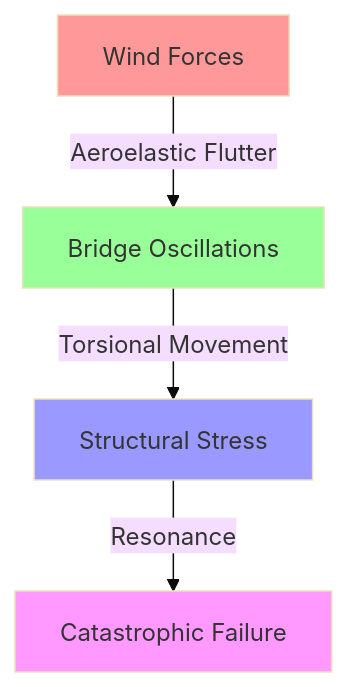
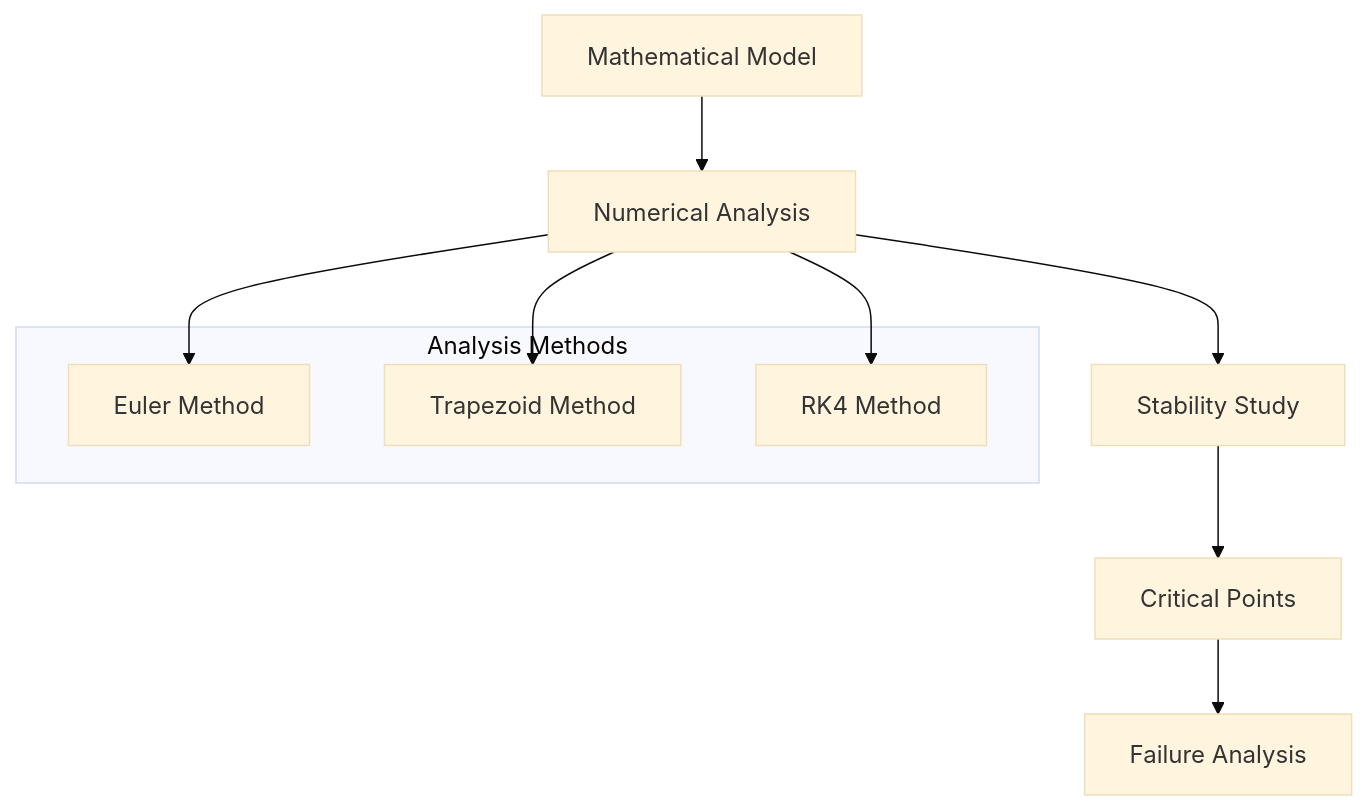
The first of 3 diagrams in README.md (sayedRaheel/Tacoma-Bridge), drawn with Mermaid (base theme) before and after one commit. The commit also changed other lines of this file, not shown here.

````diff
--- a/README.md
+++ b/README.md
@@ -81,10 +82,15 @@
 ```mermaid
 graph TD
-    A[Wind Forces] -->|Aeroelastic Flutter| B[Bridge Oscillations]
-    B -->|Torsional Movement| C[Structural Stress]
-    C -->|Resonance| D[Catastrophic Failure]
-    style A fill:#ff9999
-    style B fill:#99ff99
-    style C fill:#9999ff
-    style D fill:#ff99ff
+    A[Mathematical Model] --> B[Numerical Analysis]
+    B --> C[Stability Study]
+    C --> D[Critical Points]
+    D --> E[Failure Analysis]
+    
+    subgraph "Analysis Methods"
+    F[Euler Method]
+    G[Trapezoid Method]
+    H[RK4 Method]
+    end
+    
+    B --> F & G & H
 ```
````
